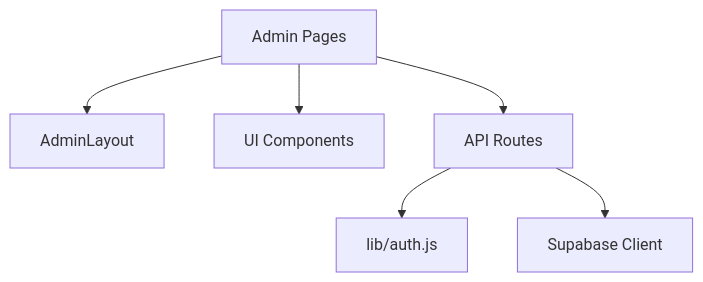
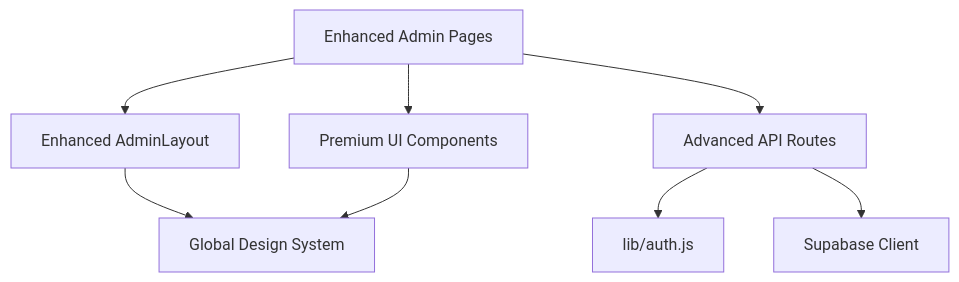
Before and after one commit to ObeyMuchechesi/TicketFlow: the tenth of 10 diagrams in .qoder/repowiki/en/content/Admin Dashboard/Admin Dashboard.md, drawn with Mermaid. The commit also changed other lines of this file and 12 other files, not shown here.

First line of the commit message:
docs: EcoCash schema columns and project documentation refresh

````diff
--- a/.qoder/repowiki/en/content/Admin Dashboard/Admin Dashboard.md
+++ b/.qoder/repowiki/en/content/Admin Dashboard/Admin Dashboard.md
@@ -348,8 +461,10 @@
 ```mermaid
 graph TB
-Pages["Admin Pages"] --> Layout["AdminLayout"]
-Pages --> UI["UI Components"]
-Pages --> APIs["API Routes"]
+Pages["Enhanced Admin Pages"] --> Layout["Enhanced AdminLayout"]
+Pages --> UI["Premium UI Components"]
+Pages --> APIs["Advanced API Routes"]
 APIs --> AuthLib["lib/auth.js"]
 APIs --> Supabase["Supabase Client"]
+Layout --> DesignSystem["Global Design System"]
+UI --> DesignSystem
 ```
````
